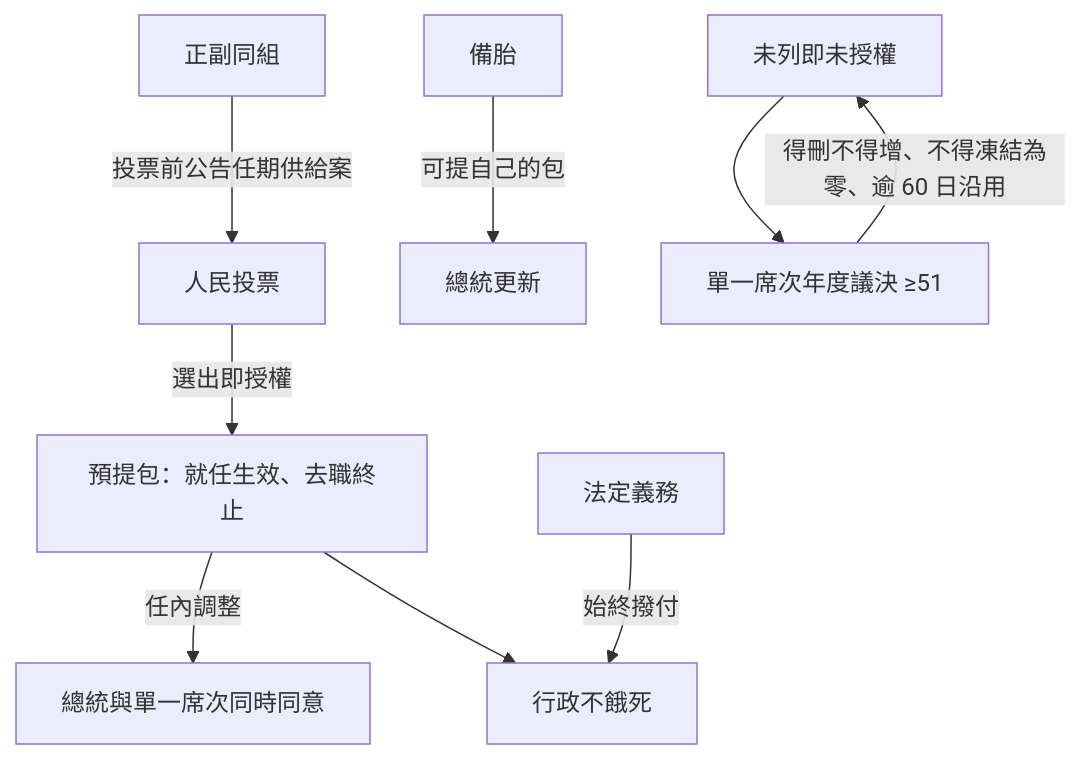
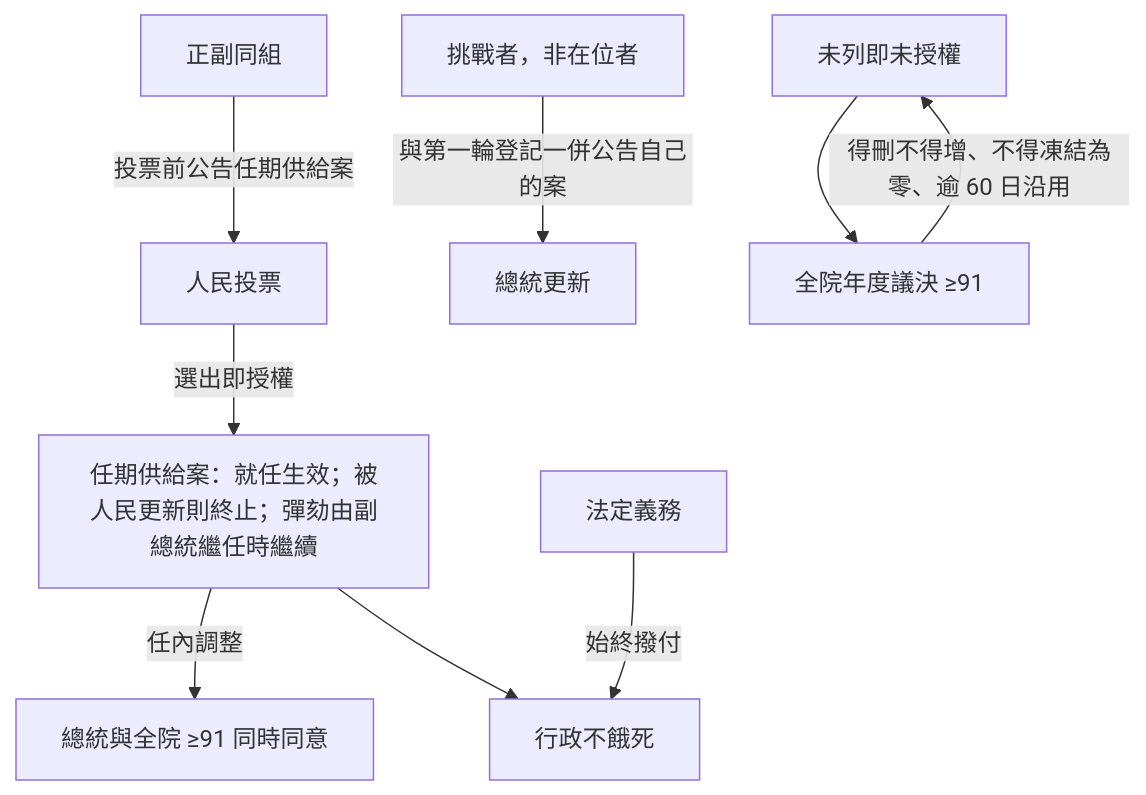
One commit to IRonROOT578/Political-Economy-Research-Public changed the fourth of 12 diagrams in topics/regime-designs/designs/台灣/一院總統制-測試/憲政架構圖.md. Above: the diagram before and after it, drawn with Mermaid. The commit also changed other lines of this file and 241 other files, not shown here.

````diff
--- a/topics/regime-designs/designs/台灣/一院總統制-測試/憲政架構圖.md
+++ b/topics/regime-designs/designs/台灣/一院總統制-測試/憲政架構圖.md
@@ -56,11 +56,11 @@
 ```mermaid
 flowchart TD
   Ticket[正副同組] -->|投票前公告任期供給案| People[人民投票]
-  People -->|選出即授權| Pack[預提包：就任生效、去職終止]
-  Pack -->|任內調整| Dual[總統與單一席次同時同意]
-  Alt[備胎] -->|可提自己的包| Update[總統更新]
-  Uncov[未列即未授權] --> SMD[單一席次年度議決 ≥51]
-  SMD -->|得刪不得增、不得凍結為零、逾 60 日沿用| Uncov
+  People -->|選出即授權| Pack[任期供給案：就任生效；被人民更新則終止；彈劾由副總統繼任時繼續]
+  Pack -->|任內調整| Dual[總統與全院 ≥91 同時同意]
+  Alt[挑戰者，非在位者] -->|與第一輪登記一併公告自己的案| Update[總統更新]
+  Uncov[未列即未授權] --> ALLB[全院年度議決 ≥91]
+  ALLB -->|得刪不得增、不得凍結為零、逾 60 日沿用| Uncov
   Obl[法定義務] -->|始終撥付| Live[行政不餓死]
   Pack --> Live
 ```
````
